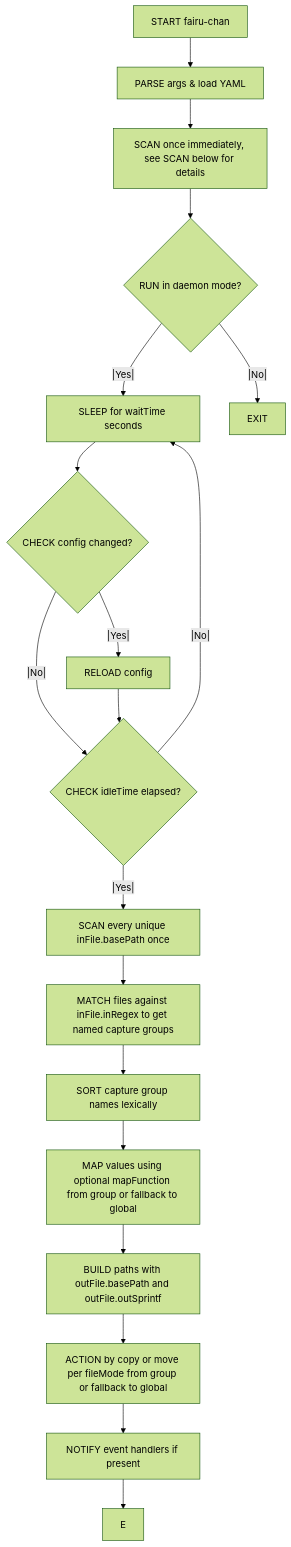
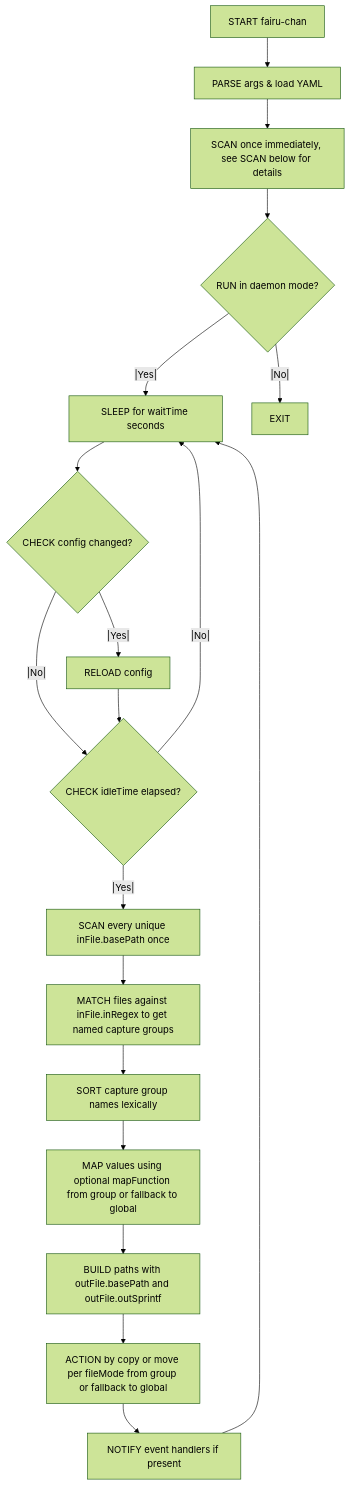
Before and after one commit to justinnamilee/fairu-chan: the diagram in README.md, drawn with Mermaid (forest theme).

Commit message:
correct final flow move in README flowchart

````diff
--- a/README.md
+++ b/README.md
@@ -35,24 +35,24 @@
 ```mermaid
 
 graph TD
   A[START fairu-chan] --> B[PARSE args & load YAML]
   B --> C[SCAN once immediately, see SCAN below for details]
   C --> D{RUN in daemon mode?}
   D --|Yes|--> G[SLEEP for waitTime seconds]
   D --|No|--> F[EXIT]
   G --> H{CHECK config changed?}
   H --|Yes|--> I[RELOAD config]
   H --|No|--> K
   I --> K{CHECK idleTime elapsed?}
   K --|No|--> G
   K --|Yes|--> L[SCAN every unique inFile.basePath once]
   L --> M[MATCH files against inFile.inRegex to get named capture groups]
   M --> N[SORT capture group names lexically]
   N --> O[MAP values using optional mapFunction from group or fallback to global]
   O --> P[BUILD paths with outFile.basePath and outFile.outSprintf]
   P --> Q[ACTION by copy or move per fileMode from group or fallback to global]
   Q --> R[NOTIFY event handlers if present]
-  R --> E
+  R --> G
 
 
 ```
````
